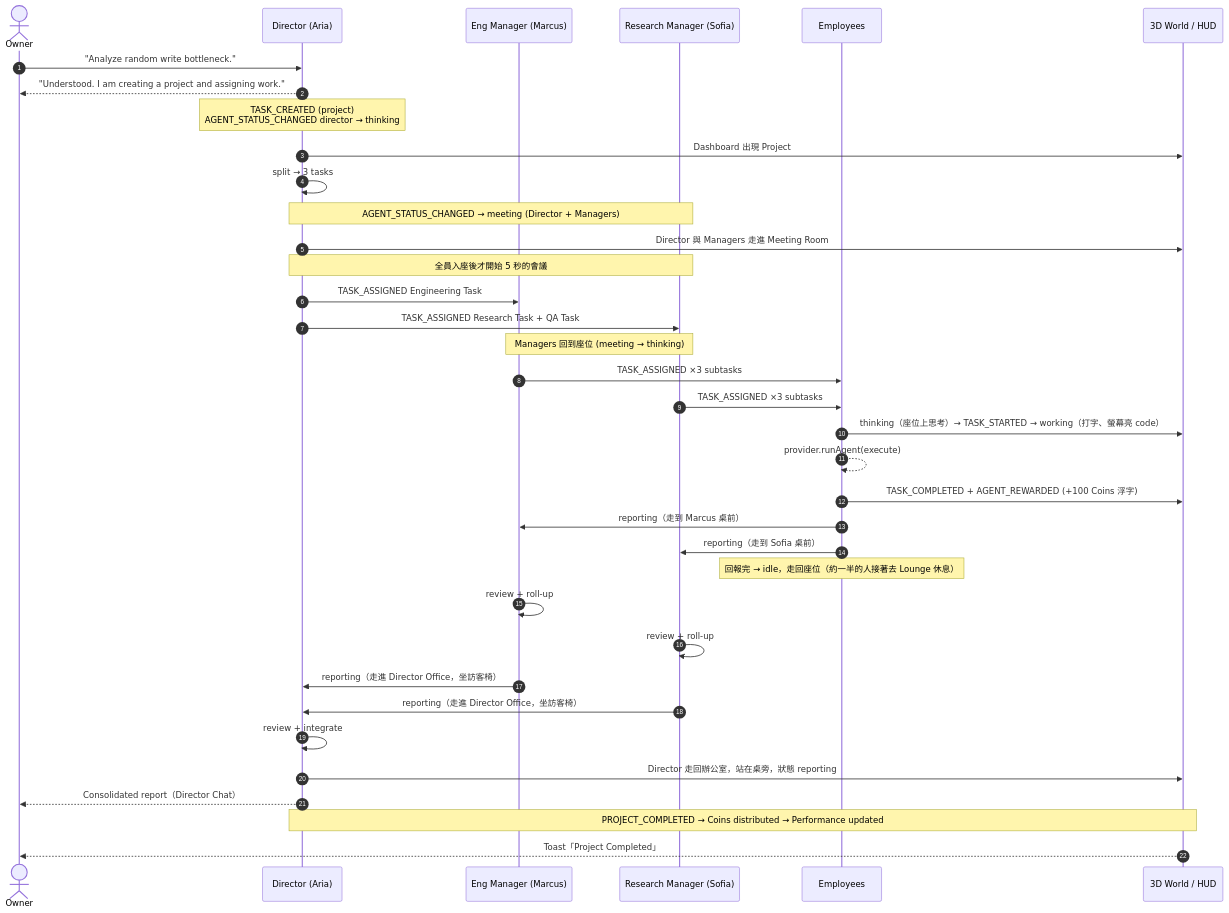
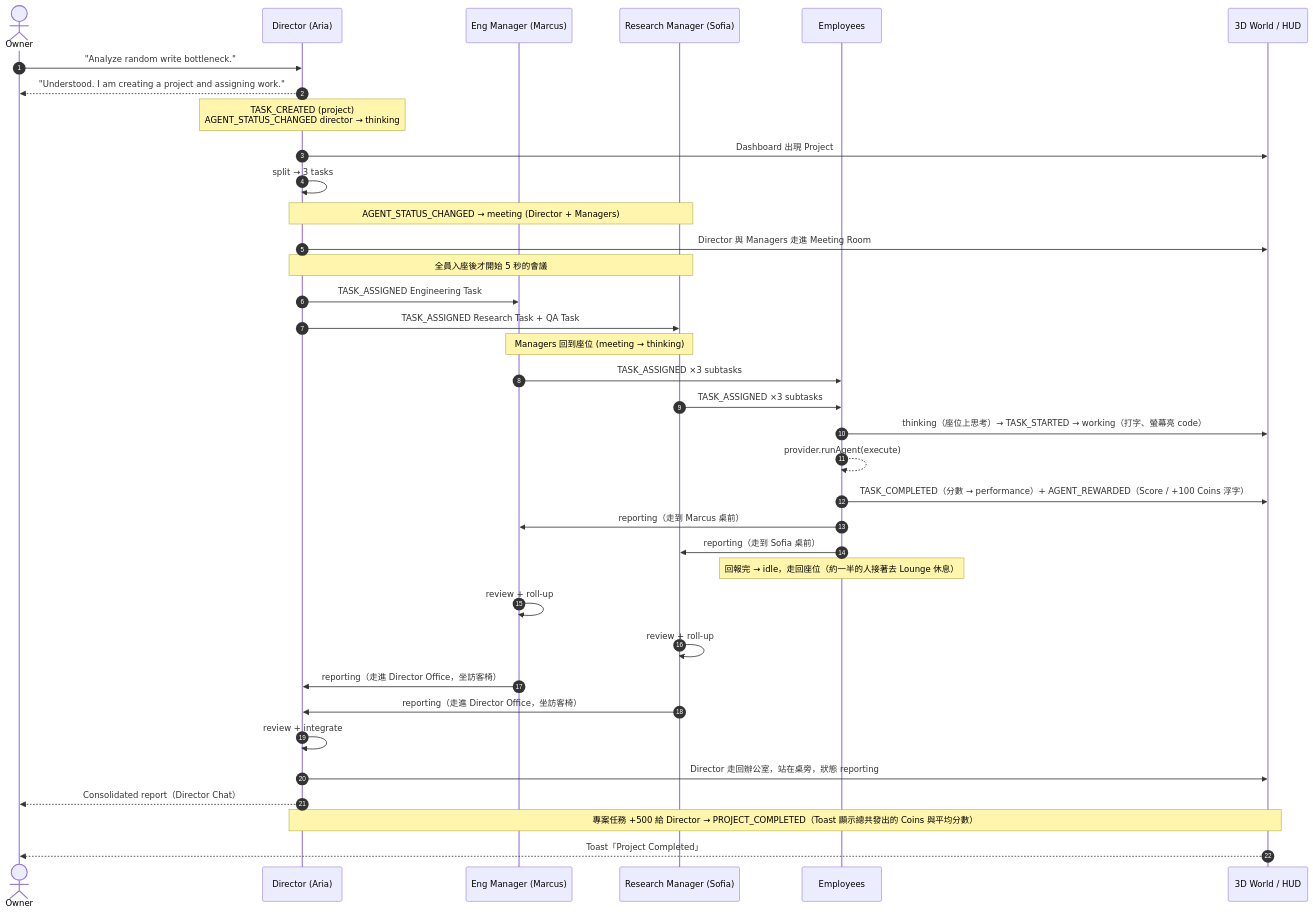
One commit to F64081169/3d-office changed the third of 6 diagrams in docs/agent-flow.md. Above: the diagram before and after it, drawn with Mermaid. The commit also changed other lines of this file and 33 other files, not shown here.

````diff
--- a/docs/agent-flow.md
+++ b/docs/agent-flow.md
@@ -85,42 +85,42 @@
 ```mermaid
 sequenceDiagram
   autonumber
   actor Owner
   participant D as Director (Aria)
   participant EM as Eng Manager (Marcus)
   participant RM as Research Manager (Sofia)
   participant E as Employees
   participant UI as 3D World / HUD
 
   Owner->>D: "Analyze random write bottleneck."
   D-->>Owner: "Understood. I am creating a project and assigning work."
   Note over D: TASK_CREATED (project)<br/>AGENT_STATUS_CHANGED director → thinking
   D->>UI: Dashboard 出現 Project
 
   D->>D: split → 3 tasks
   Note over D,RM: AGENT_STATUS_CHANGED → meeting (Director + Managers)
   D->>UI: Director 與 Managers 走進 Meeting Room
   Note over D,RM: 全員入座後才開始 5 秒的會議
   D->>EM: TASK_ASSIGNED Engineering Task
   D->>RM: TASK_ASSIGNED Research Task + QA Task
   Note over EM,RM: Managers 回到座位 (meeting → thinking)
 
   EM->>E: TASK_ASSIGNED ×3 subtasks
   RM->>E: TASK_ASSIGNED ×3 subtasks
   E->>UI: thinking（座位上思考）→ TASK_STARTED → working（打字、螢幕亮 code）
   E-->>E: provider.runAgent(execute)
-  E->>UI: TASK_COMPLETED + AGENT_REWARDED (+100 Coins 浮字)
+  E->>UI: TASK_COMPLETED（分數 → performance）+ AGENT_REWARDED（Score / +100 Coins 浮字）
   E->>EM: reporting（走到 Marcus 桌前）
   E->>RM: reporting（走到 Sofia 桌前）
   Note over E: 回報完 → idle，走回座位（約一半的人接著去 Lounge 休息）
 
   EM->>EM: review + roll-up
   RM->>RM: review + roll-up
   EM->>D: reporting（走進 Director Office，坐訪客椅）
   RM->>D: reporting（走進 Director Office，坐訪客椅）
   D->>D: review + integrate
   D->>UI: Director 走回辦公室，站在桌旁，狀態 reporting
   D-->>Owner: Consolidated report（Director Chat）
-  Note over D,UI: PROJECT_COMPLETED → Coins distributed → Performance updated
+  Note over D,UI: 專案任務 +500 給 Director → PROJECT_COMPLETED（Toast 顯示總共發出的 Coins 與平均分數）
   UI-->>Owner: Toast「Project Completed」
 ```
````
